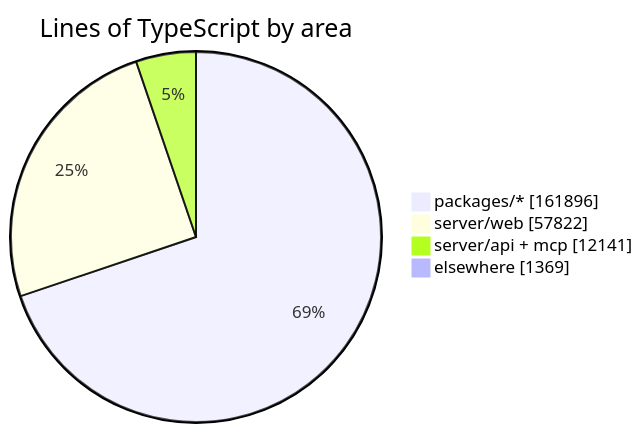
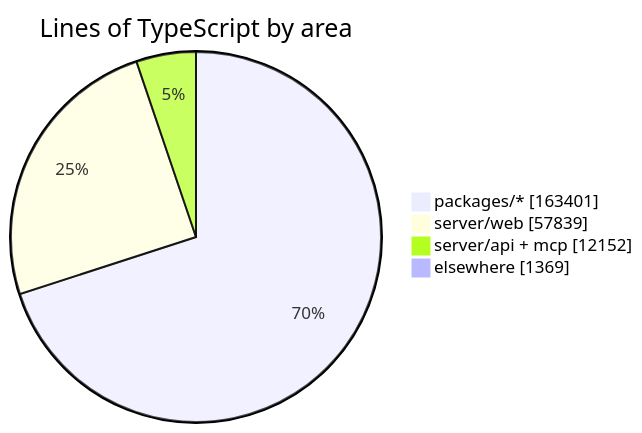
One commit to crossworks-engineering/mantle changed the diagram in README.md. Above: the diagram before and after it, drawn with Mermaid. The commit also changed other lines of this file and 2 other files, not shown here.

````diff
--- a/README.md
+++ b/README.md
@@ -279,7 +279,7 @@
 ```mermaid
 pie showData title Lines of TypeScript by area
-    "packages/*" : 161896
-    "server/web" : 57822
-    "server/api + mcp" : 12141
+    "packages/*" : 163401
+    "server/web" : 57839
+    "server/api + mcp" : 12152
     "elsewhere" : 1369
 ```
````
